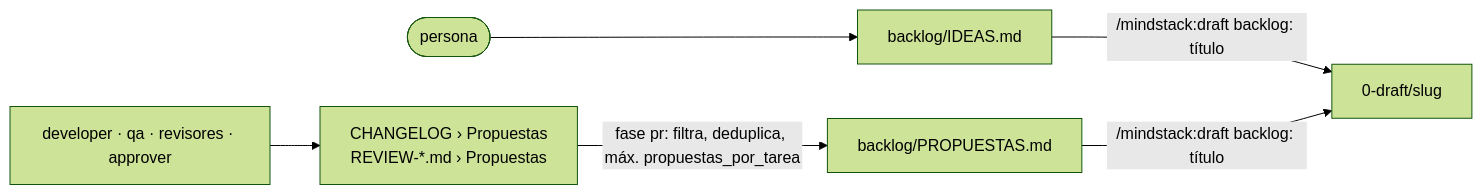
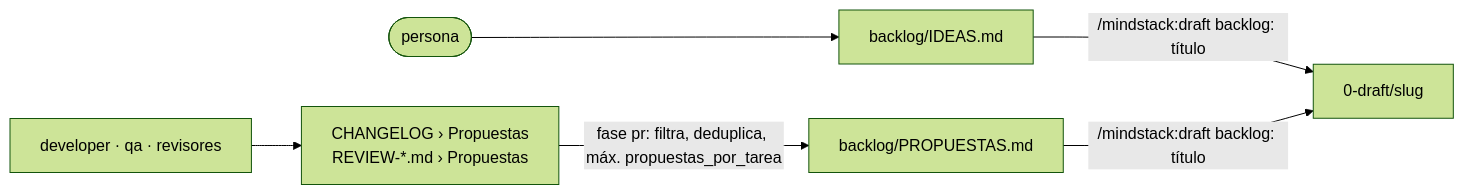
Before and after one commit to octavio-parozlabs/mindstack: the first of 3 diagrams in skills/workflow/SKILL.md, drawn with Mermaid (forest theme). The commit also changed other lines of this file and 63 other files, not shown here.

````diff
--- a/skills/workflow/SKILL.md
+++ b/skills/workflow/SKILL.md
@@ -79,7 +79,7 @@
 ```mermaid
 flowchart LR
     P([persona]) --> I[backlog/IDEAS.md]
-    A[developer · qa · revisores · approver] --> C["CHANGELOG › Propuestas<br/>REVIEW-*.md › Propuestas"]
+    A[developer · qa · revisores] --> C["CHANGELOG › Propuestas<br/>REVIEW-*.md › Propuestas"]
     C -->|fase pr: filtra, deduplica, máx. propuestas_por_tarea| PR[backlog/PROPUESTAS.md]
     I & PR -->|"/mindstack:draft backlog: título"| D[0-draft/slug]
 ```
````
